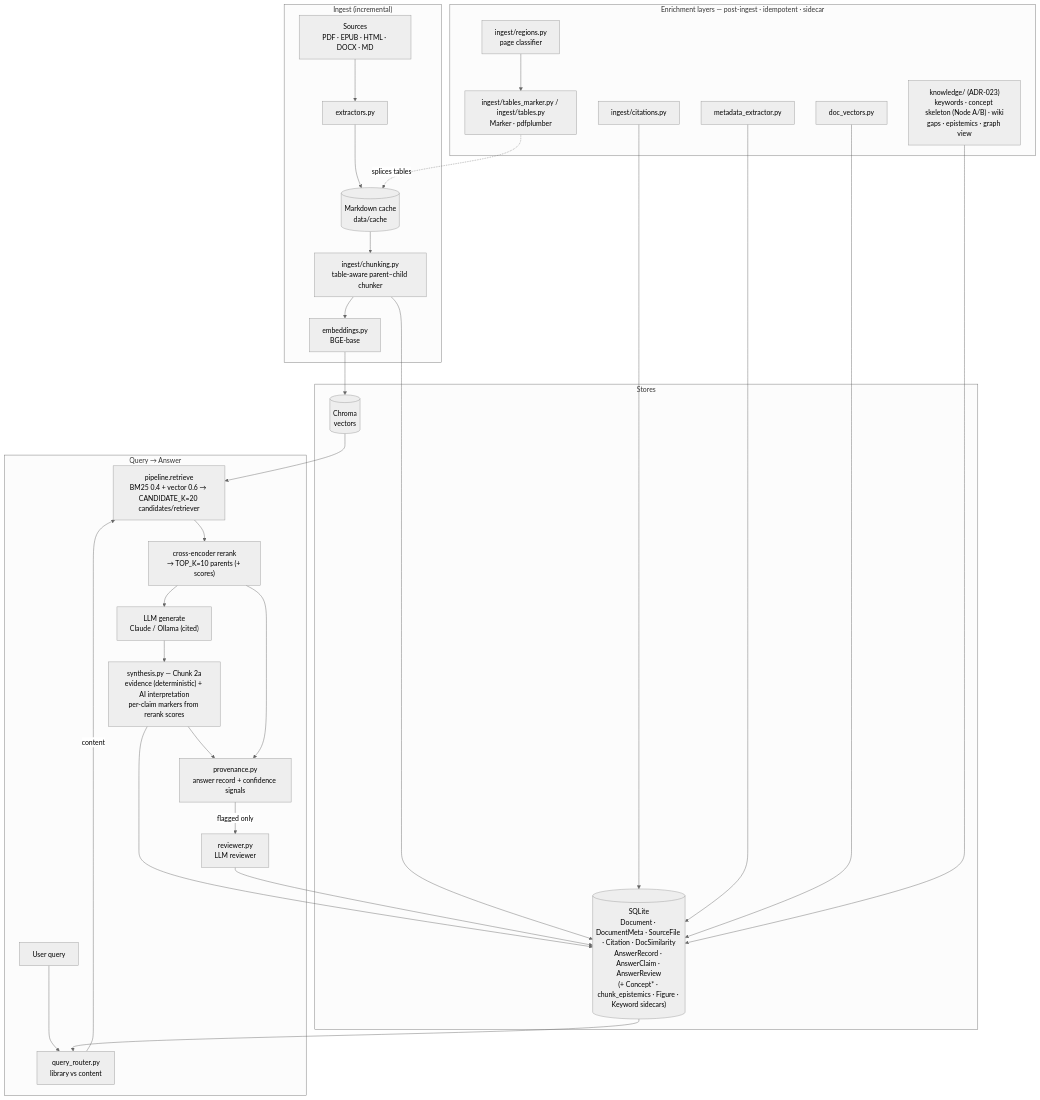
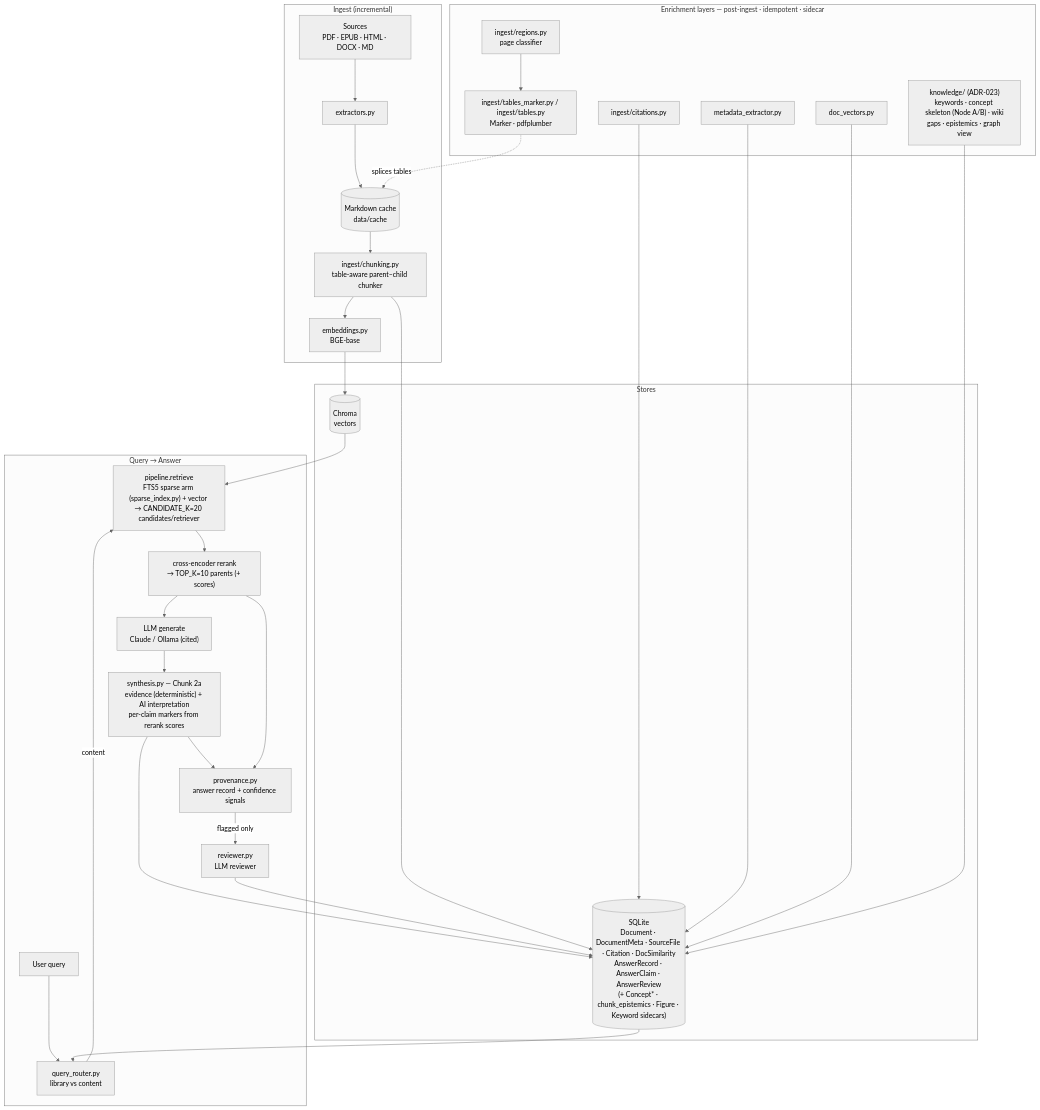
The first of 2 diagrams in docs/architecture.md (ldele/doc_assistant), drawn with Mermaid (neutral theme) before and after one commit. The commit also changed other lines of this file and 43 other files, not shown here.

````diff
--- a/docs/architecture.md
+++ b/docs/architecture.md
@@ -30,45 +30,45 @@
 ```mermaid
 flowchart TD
     subgraph ING["Ingest (incremental)"]
         SRC["Sources<br/>PDF · EPUB · HTML · DOCX · MD"] --> EXT["extractors.py"]
         EXT --> CACHE[("Markdown cache<br/>data/cache")]
         CACHE --> CHUNK["ingest/chunking.py<br/>table-aware parent–child chunker"]
         CHUNK --> EMB["embeddings.py<br/>BGE-base"]
     end
 
     subgraph ENR["Enrichment layers — post-ingest · idempotent · sidecar"]
         REG["ingest/regions.py<br/>page classifier"] --> TBL["ingest/tables_marker.py / ingest/tables.py<br/>Marker · pdfplumber"]
         CIT["ingest/citations.py"]
         MD["metadata_extractor.py"]
         DV["doc_vectors.py"]
         KNW["knowledge/ (ADR-023)<br/>keywords · concept skeleton (Node A/B) · wiki<br/>gaps · epistemics · graph view"]
     end
 
     subgraph ST["Stores"]
         CHROMA[("Chroma<br/>vectors")]
         SQL[("SQLite<br/>Document · DocumentMeta · SourceFile · Citation · DocSimilarity<br/>AnswerRecord · AnswerClaim · AnswerReview<br/>(+ Concept* · chunk_epistemics · Figure · Keyword sidecars)")]
     end
 
     subgraph QRY["Query → Answer"]
         Q["User query"] --> ROUTE["query_router.py<br/>library vs content"]
-        ROUTE -->|content| RET["pipeline.retrieve<br/>BM25 0.4 + vector 0.6 → CANDIDATE_K=20 candidates/retriever"]
+        ROUTE -->|content| RET["pipeline.retrieve<br/>FTS5 sparse arm (sparse_index.py) + vector → CANDIDATE_K=20 candidates/retriever"]
         RET --> RR["cross-encoder rerank<br/>→ TOP_K=10 parents (+ scores)"]
         RR --> GEN["LLM generate<br/>Claude / Ollama (cited)"]
         GEN --> SYN["synthesis.py — Chunk 2a<br/>evidence (deterministic) + AI interpretation<br/>per-claim markers from rerank scores"]
         SYN --> PROV["provenance.py<br/>answer record + confidence signals"]
         PROV -->|flagged only| REV["reviewer.py<br/>LLM reviewer"]
     end
 
     EMB --> CHROMA
     CHUNK --> SQL
     CIT --> SQL
     MD --> SQL
     DV --> SQL
     KNW --> SQL
     TBL -. splices tables .-> CACHE
     CHROMA --> RET
     SQL --> ROUTE
     RR --> PROV
     SYN --> SQL
     REV --> SQL
 ```
````
